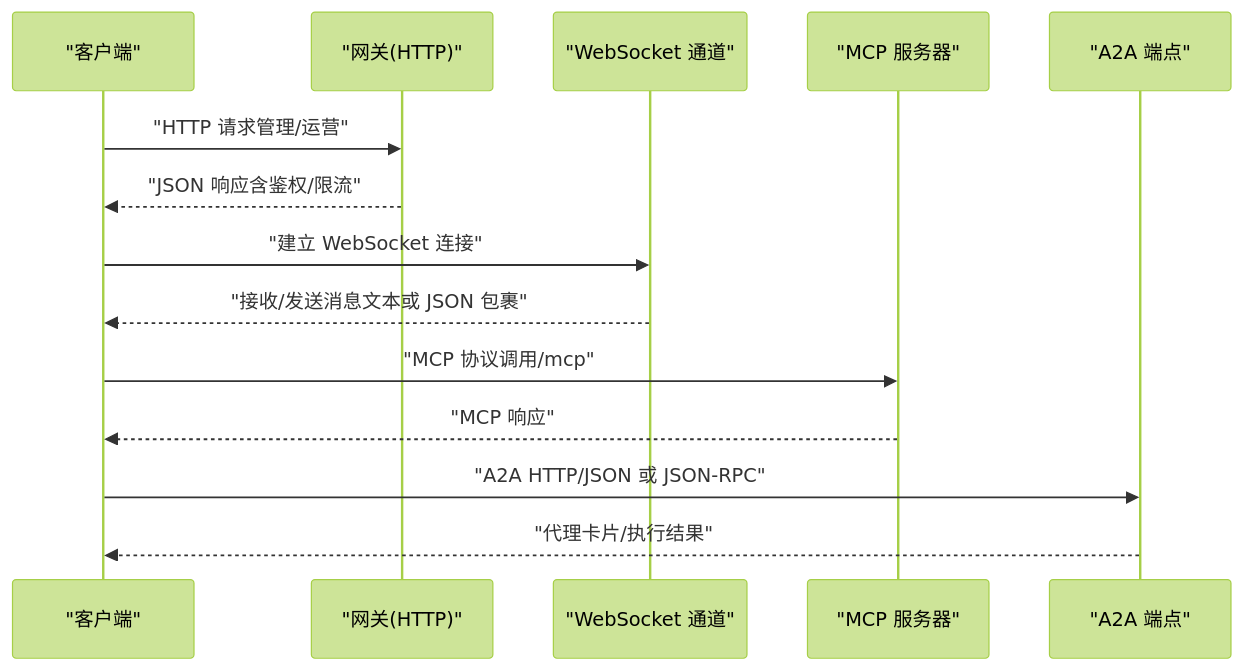
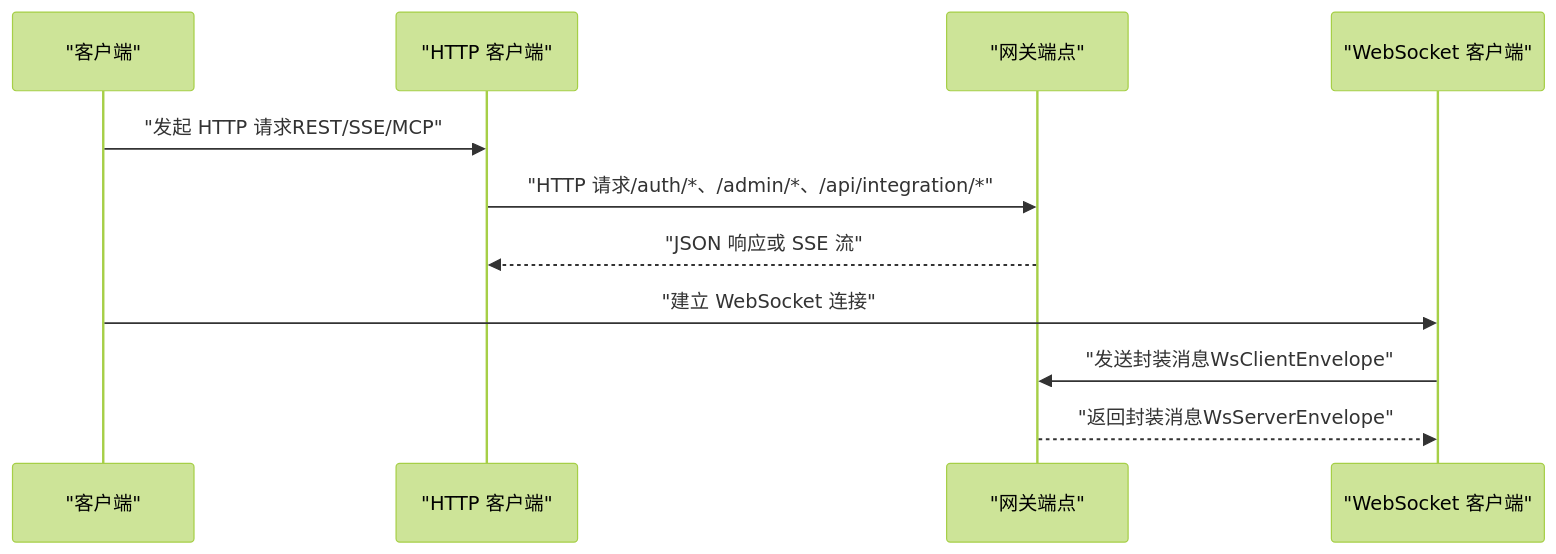
The second of 6 diagrams in .qoder/repowiki/zh/content/API 参考/API 参考.md (wayyet/kingcrab), drawn with Mermaid (forest theme) before and after one commit. The commit also changed other lines of this file and 431 other files, not shown here.

````diff
--- a/.qoder/repowiki/zh/content/API 参考/API 参考.md
+++ b/.qoder/repowiki/zh/content/API 参考/API 参考.md
@@ -77,16 +91,13 @@
 ```mermaid
 sequenceDiagram
 participant C as "客户端"
-participant G as "网关(HTTP)"
-participant WS as "WebSocket 通道"
-participant MCPS as "MCP 服务器"
-participant A2A as "A2A 端点"
-C->>G : "HTTP 请求管理/运营"
-G-->>C : "JSON 响应含鉴权/限流"
+participant HC as "HTTP 客户端"
+participant GW as "网关端点"
+participant WS as "WebSocket 客户端"
+C->>HC : "发起 HTTP 请求REST/SSE/MCP"
+HC->>GW : "HTTP 请求/auth/*、/admin/*、/api/integration/*"
+GW-->>HC : "JSON 响应或 SSE 流"
 C->>WS : "建立 WebSocket 连接"
-WS-->>C : "接收/发送消息文本或 JSON 包裹"
-C->>MCPS : "MCP 协议调用/mcp"
-MCPS-->>C : "MCP 响应"
-C->>A2A : "A2A HTTP/JSON 或 JSON-RPC"
-A2A-->>C : "代理卡片/执行结果"
+WS->>GW : "发送封装消息WsClientEnvelope"
+GW-->>WS : "返回封装消息WsServerEnvelope"
 ```
````
